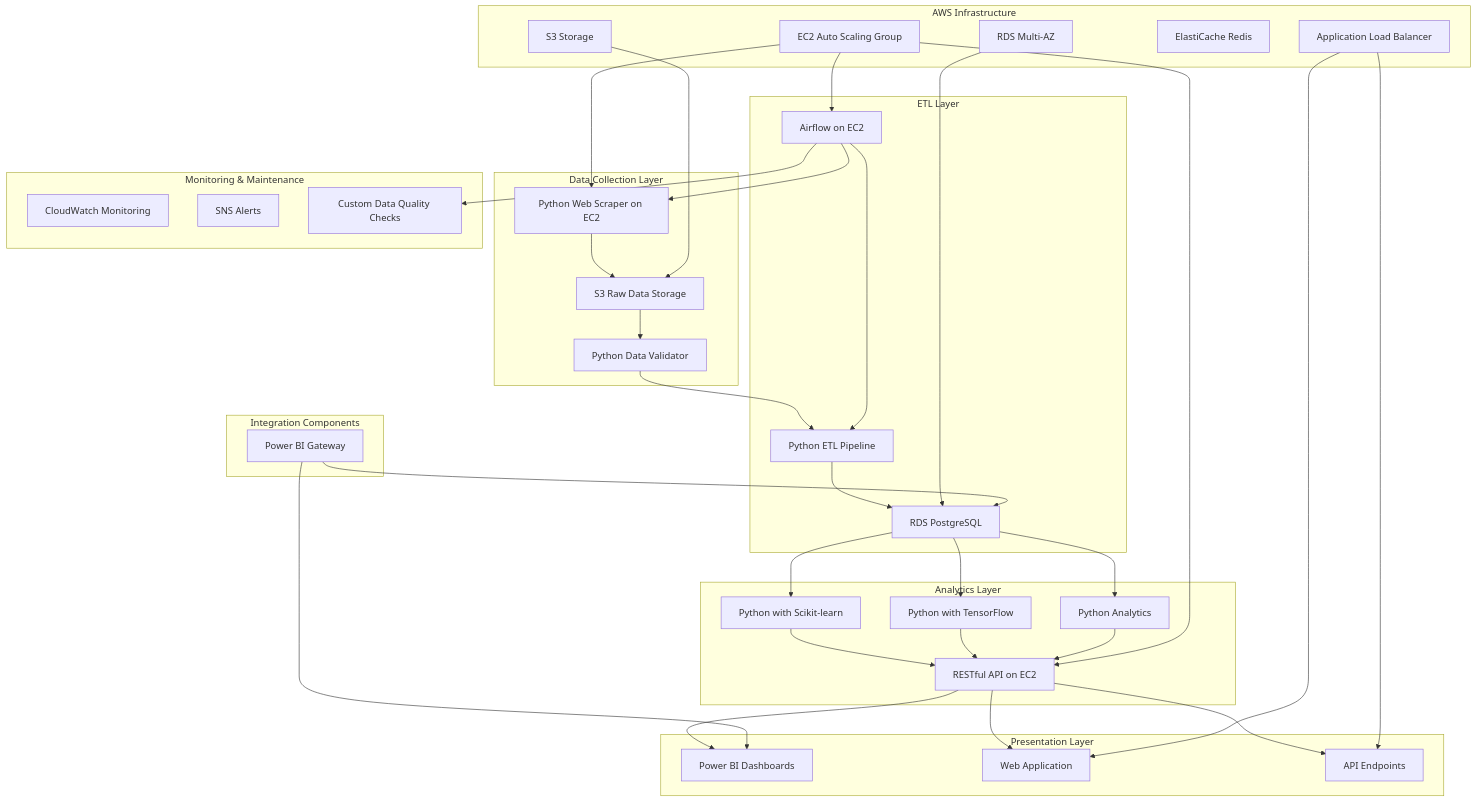
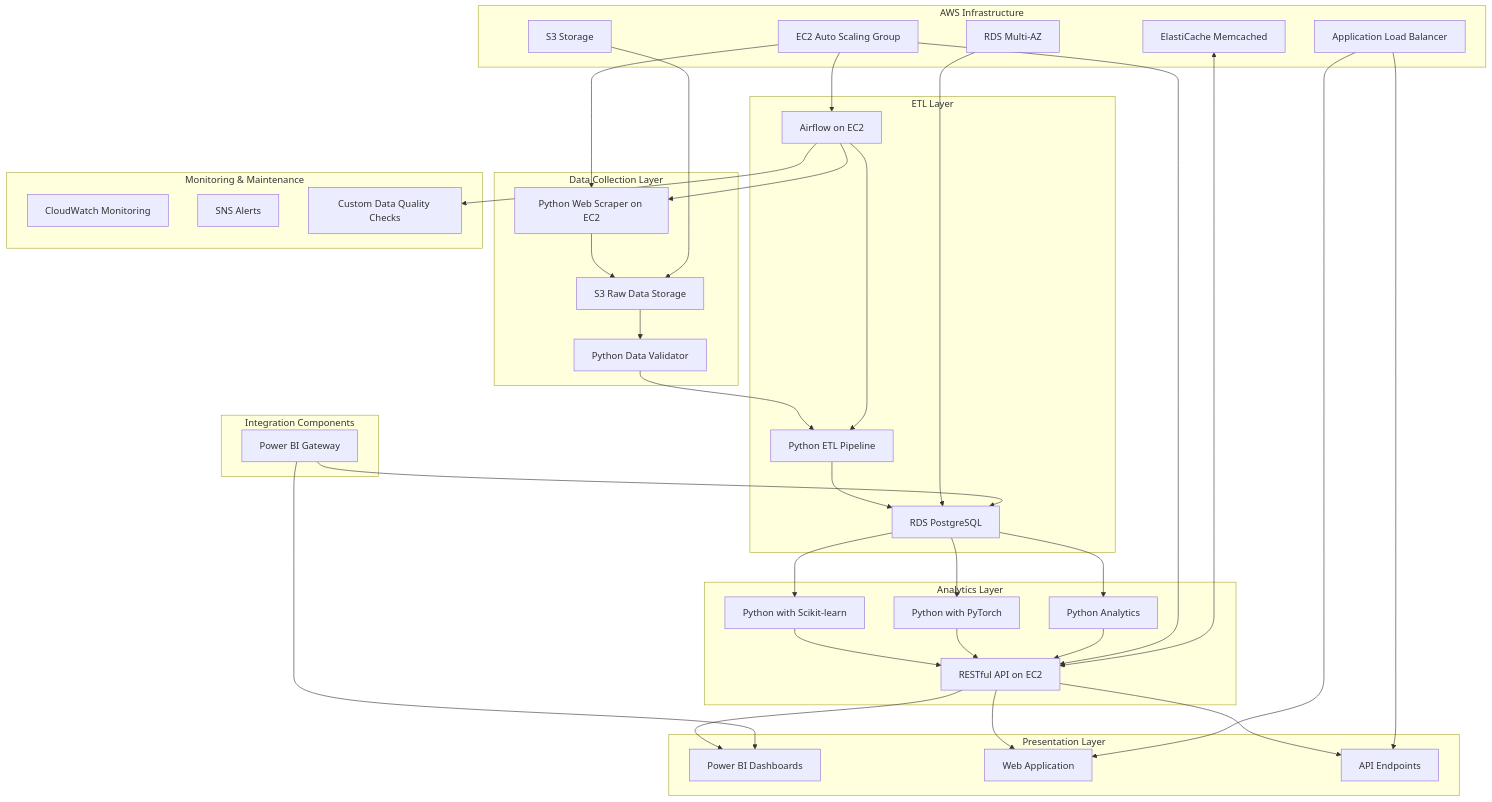
The first of 2 diagrams in docs/1-architecture.md (yy30537/NBA-Fantasy-Analytics-Platform), drawn with Mermaid before and after one commit. The commit also changed other lines of this file and 11 other files, not shown here.

````diff
--- a/docs/1-architecture.md
+++ b/docs/1-architecture.md
@@ -19,52 +19,52 @@
 ```mermaid
 flowchart TD
     subgraph "Data Collection Layer"
         A[Python Web Scraper on EC2] --> B[S3 Raw Data Storage]
         B --> C[Python Data Validator]
     end
     
     subgraph "ETL Layer"
         C --> D[Python ETL Pipeline]
         D --> E[RDS PostgreSQL]
         F[Airflow on EC2] --> A
         F --> D
     end
     
     subgraph "Analytics Layer"
         E --> G1[Python with Scikit-learn]
-        E --> G2[Python with TensorFlow]
+        E --> G2[Python with PyTorch]
         E --> H[Python Analytics]
         G1 --> I[RESTful API on EC2]
         G2 --> I
         H --> I
     end
     
     subgraph "Presentation Layer"
         I --> J[Power BI Dashboards]
         I --> K[Web Application]
         I --> L[API Endpoints]
     end
     
     subgraph "AWS Infrastructure"
         M[EC2 Auto Scaling Group] --> A
         M --> F
         M --> I
         N[RDS Multi-AZ] --> E
         O[S3 Storage] --> B
-        P[ElastiCache Redis]
+        P[ElastiCache Memcached] <--> I
         Q[Application Load Balancer] --> K
         Q --> L
     end
     
     subgraph "Integration Components"
         S[Power BI Gateway] --> E
         S --> J
     end
     
     subgraph "Monitoring & Maintenance"
         R[CloudWatch Monitoring]
         T[SNS Alerts]
         U[Custom Data Quality Checks]
         F --> U
     end
 ```
````
